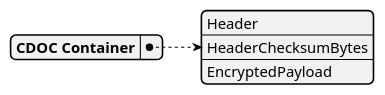
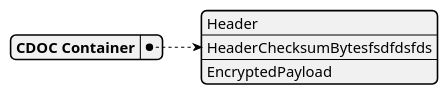
Before and after one commit to open-eid/CDOC2: the first of 6 diagrams in cdoc2-system-docs/docs/02_protocol_and_cryptography_spec/ch03_container_format.md, drawn with PlantUML. The commit also changed other lines of this file and 4 other files, not shown here.

````diff
--- a/cdoc2-system-docs/docs/02_protocol_and_cryptography_spec/ch03_container_format.md
+++ b/cdoc2-system-docs/docs/02_protocol_and_cryptography_spec/ch03_container_format.md
@@ -46,8 +46,8 @@
 ```plantuml
 @startyaml
 CDOC Container:
     - Header
-    - HeaderChecksumBytes
+    - HeaderChecksumBytesfsdfdsfds
     - EncryptedPayload
 @endyaml
 ```
````
